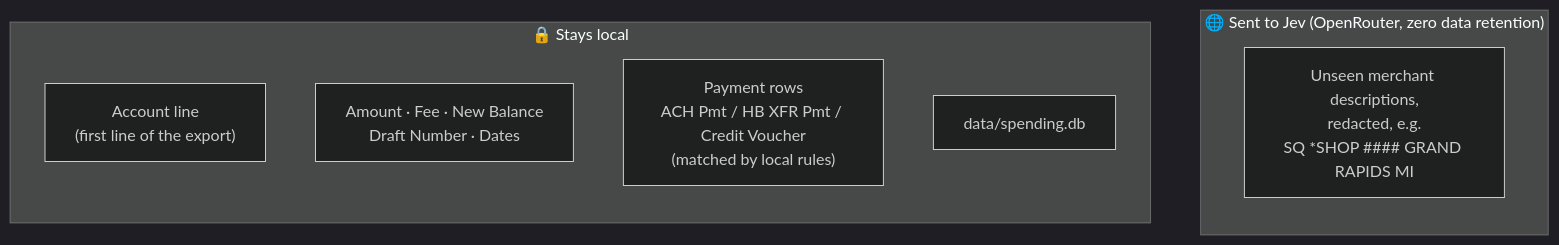
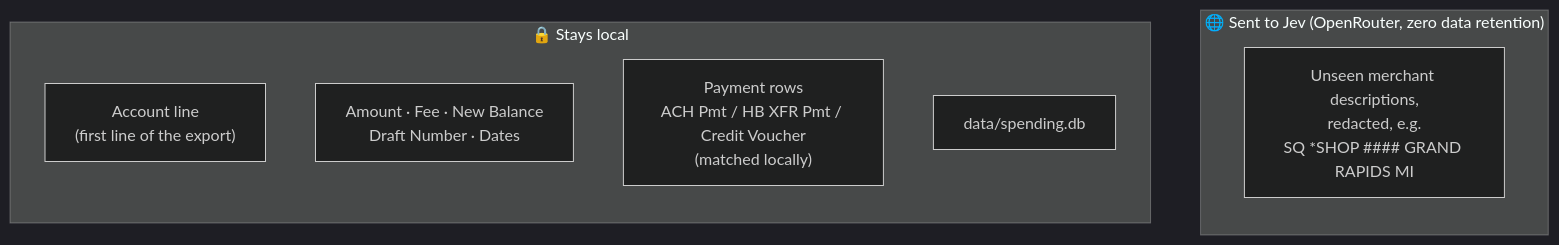
One commit to alessandrofelici/spending-tracker changed the fourth of 6 diagrams in STRUCTURE.md. Above: the diagram before and after it, drawn with Mermaid (dark theme). The commit also changed other lines of this file and 9 other files, not shown here.

````diff
--- a/STRUCTURE.md
+++ b/STRUCTURE.md
@@ -158,14 +158,14 @@
 ```mermaid
 flowchart LR
     subgraph LOCAL["🔒 Stays local"]
         direction TB
         a1["Account line<br/>(first line of the export)"]
         a2["Amount · Fee · New Balance<br/>Draft Number · Dates"]
-        a3["Payment rows<br/>ACH Pmt / HB XFR Pmt / Credit Voucher<br/>(matched by local rules)"]
+        a3["Payment rows<br/>ACH Pmt / HB XFR Pmt / Credit Voucher<br/>(matched locally)"]
         a4["data/spending.db"]
     end
     subgraph SENT["🌐 Sent to Jev (OpenRouter, zero data retention)"]
         b1["Unseen merchant descriptions,<br/>redacted, e.g.<br/>SQ *SHOP #### GRAND RAPIDS MI"]
     end
     LOCAL ~~~ SENT
 ```
````
